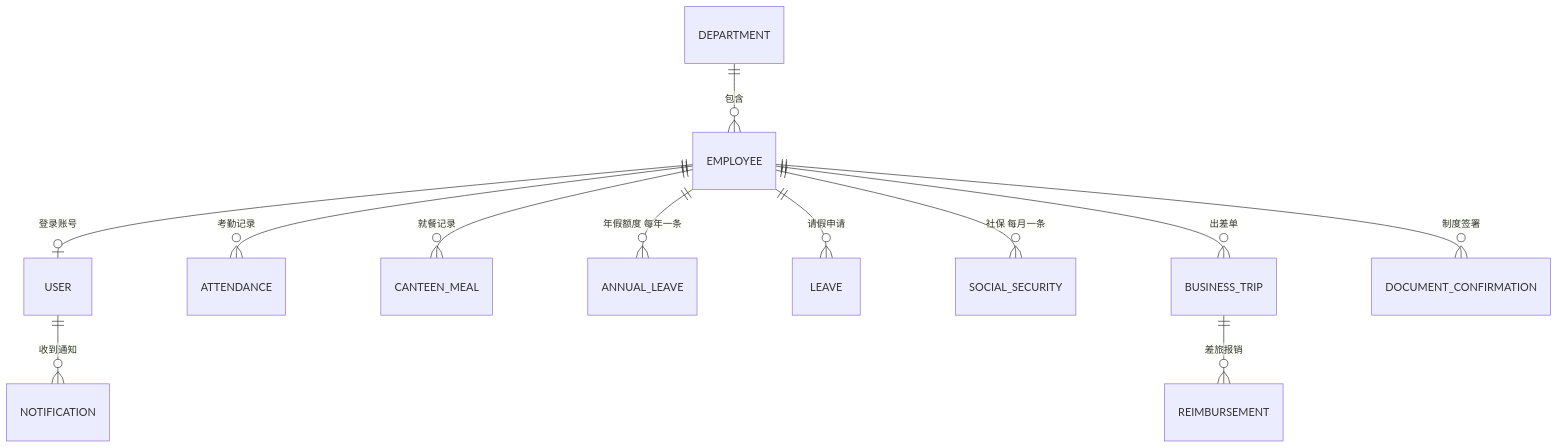
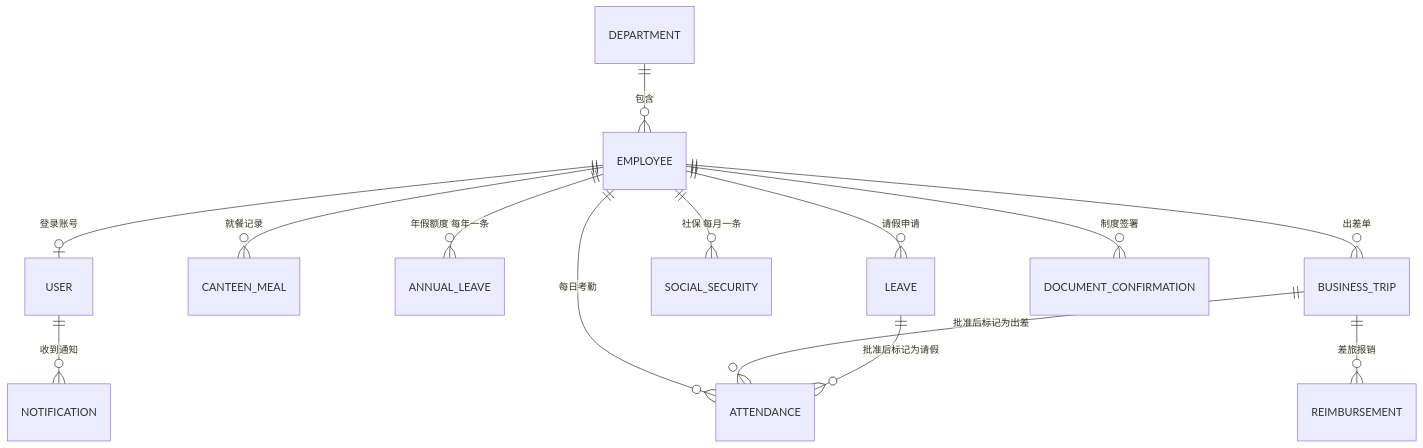
Before and after one commit to YCRenyue/hrsystem: the second of 5 diagrams in docs/user-guide/HR-USER-GUIDE.md, drawn with Mermaid. The commit also changed other lines of this file and 4 other files, not shown here.

````diff
--- a/docs/user-guide/HR-USER-GUIDE.md
+++ b/docs/user-guide/HR-USER-GUIDE.md
@@ -73,14 +75,16 @@
 ```mermaid
 erDiagram
     DEPARTMENT ||--o{ EMPLOYEE : "包含"
     EMPLOYEE ||--o| USER : "登录账号"
-    EMPLOYEE ||--o{ ATTENDANCE : "考勤记录"
+    EMPLOYEE ||--o{ ATTENDANCE : "每日考勤"
     EMPLOYEE ||--o{ CANTEEN_MEAL : "就餐记录"
     EMPLOYEE ||--o{ ANNUAL_LEAVE : "年假额度 每年一条"
     EMPLOYEE ||--o{ LEAVE : "请假申请"
     EMPLOYEE ||--o{ SOCIAL_SECURITY : "社保 每月一条"
     EMPLOYEE ||--o{ BUSINESS_TRIP : "出差单"
     BUSINESS_TRIP ||--o{ REIMBURSEMENT : "差旅报销"
+    BUSINESS_TRIP ||--o{ ATTENDANCE : "批准后标记为出差"
+    LEAVE ||--o{ ATTENDANCE : "批准后标记为请假"
     EMPLOYEE ||--o{ DOCUMENT_CONFIRMATION : "制度签署"
     USER ||--o{ NOTIFICATION : "收到通知"
 ```
````
